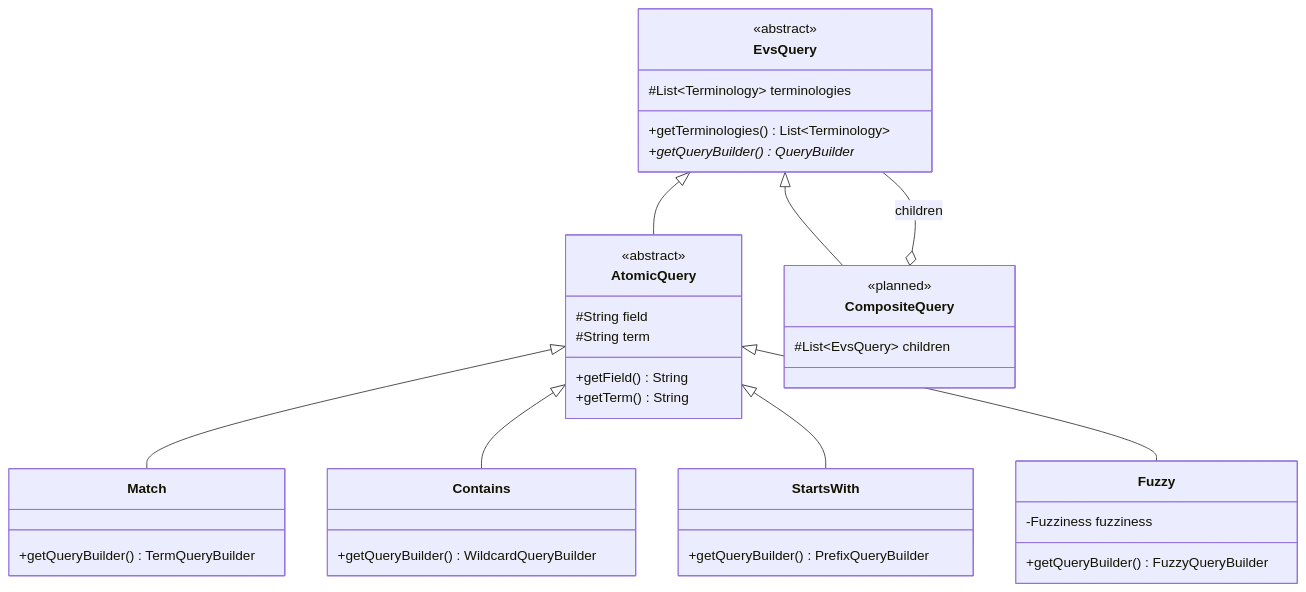
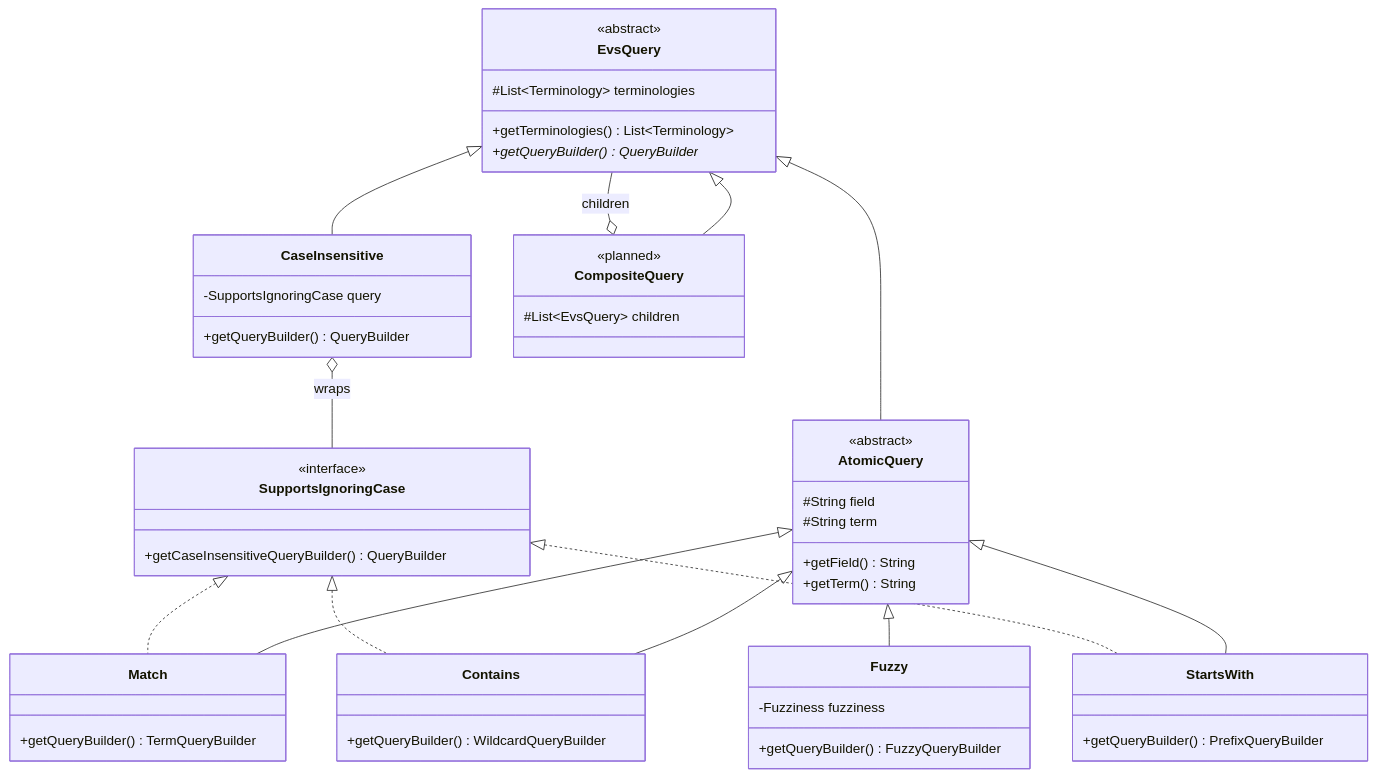
Before and after one commit to WestCoastInformatics/evsrestapi: the diagram in src/main/java/gov/nih/nci/evs/api/query/README.md, drawn with Mermaid. The commit also changed other lines of this file and 6 other files, not shown here.

````diff
--- a/src/main/java/gov/nih/nci/evs/api/query/README.md
+++ b/src/main/java/gov/nih/nci/evs/api/query/README.md
@@ -20,46 +20,61 @@
 ```mermaid
 classDiagram
     direction TB
 
     class EvsQuery {
         <<abstract>>
         #List~Terminology~ terminologies
         +getTerminologies() List~Terminology~
         +getQueryBuilder()* QueryBuilder
     }
 
     class AtomicQuery {
         <<abstract>>
         #String field
         #String term
         +getField() String
         +getTerm() String
+    }
+
+    class SupportsIgnoringCase {
+        <<interface>>
+        +getCaseInsensitiveQueryBuilder() QueryBuilder
+    }
+
+    class CaseInsensitive {
+        -SupportsIgnoringCase query
+        +getQueryBuilder() QueryBuilder
     }
 
     class Match {
         +getQueryBuilder() TermQueryBuilder
     }
     class Contains {
         +getQueryBuilder() WildcardQueryBuilder
     }
     class StartsWith {
         +getQueryBuilder() PrefixQueryBuilder
     }
     class Fuzzy {
         -Fuzziness fuzziness
         +getQueryBuilder() FuzzyQueryBuilder
     }
 
     class CompositeQuery {
         <<planned>>
         #List~EvsQuery~ children
     }
 
     EvsQuery <|-- AtomicQuery
     EvsQuery <|-- CompositeQuery
+    EvsQuery <|-- CaseInsensitive
     AtomicQuery <|-- Match
     AtomicQuery <|-- Contains
     AtomicQuery <|-- StartsWith
     AtomicQuery <|-- Fuzzy
+    SupportsIgnoringCase <|.. Match
+    SupportsIgnoringCase <|.. Contains
+    SupportsIgnoringCase <|.. StartsWith
     CompositeQuery o-- EvsQuery : children
+    CaseInsensitive o-- SupportsIgnoringCase : wraps
 ```
````
